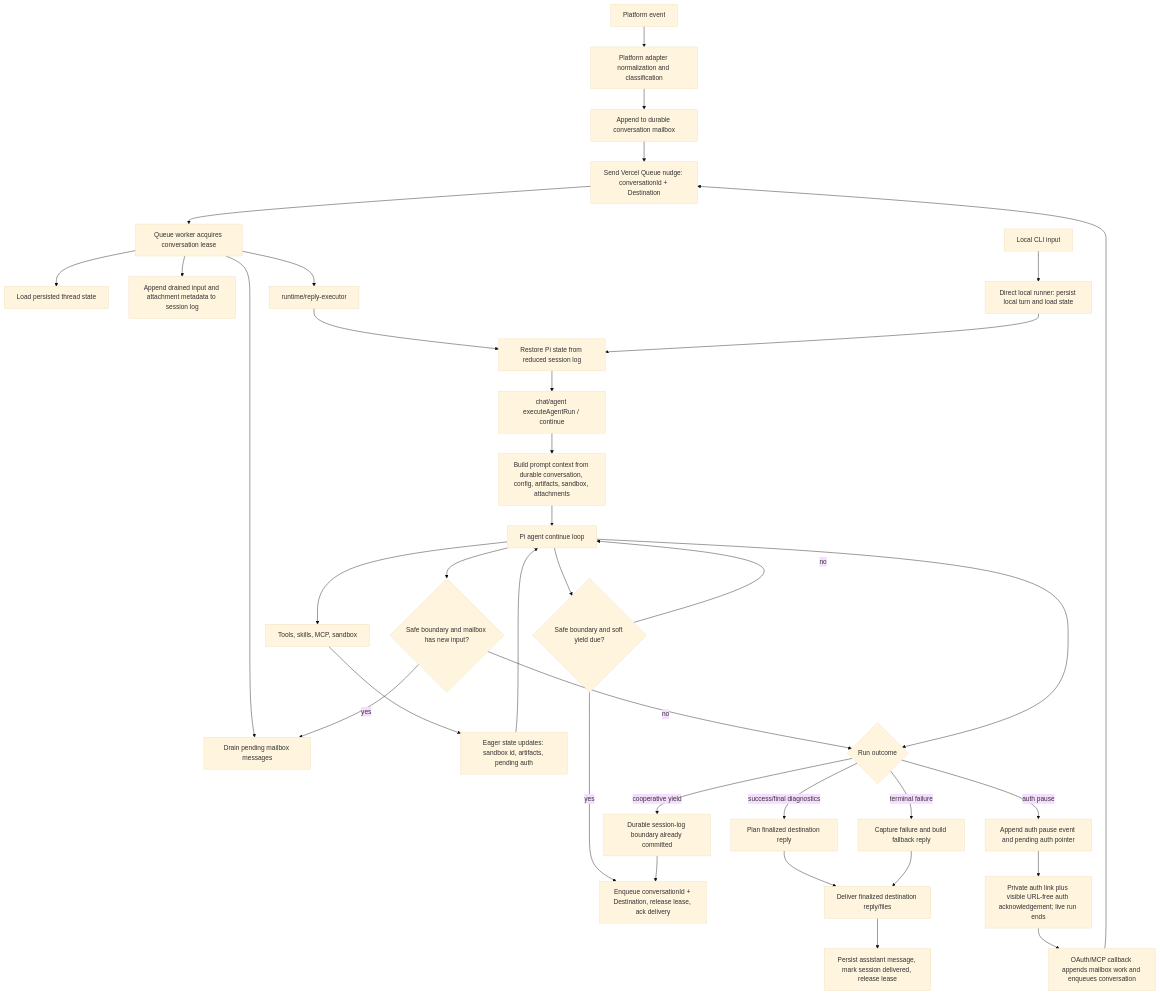
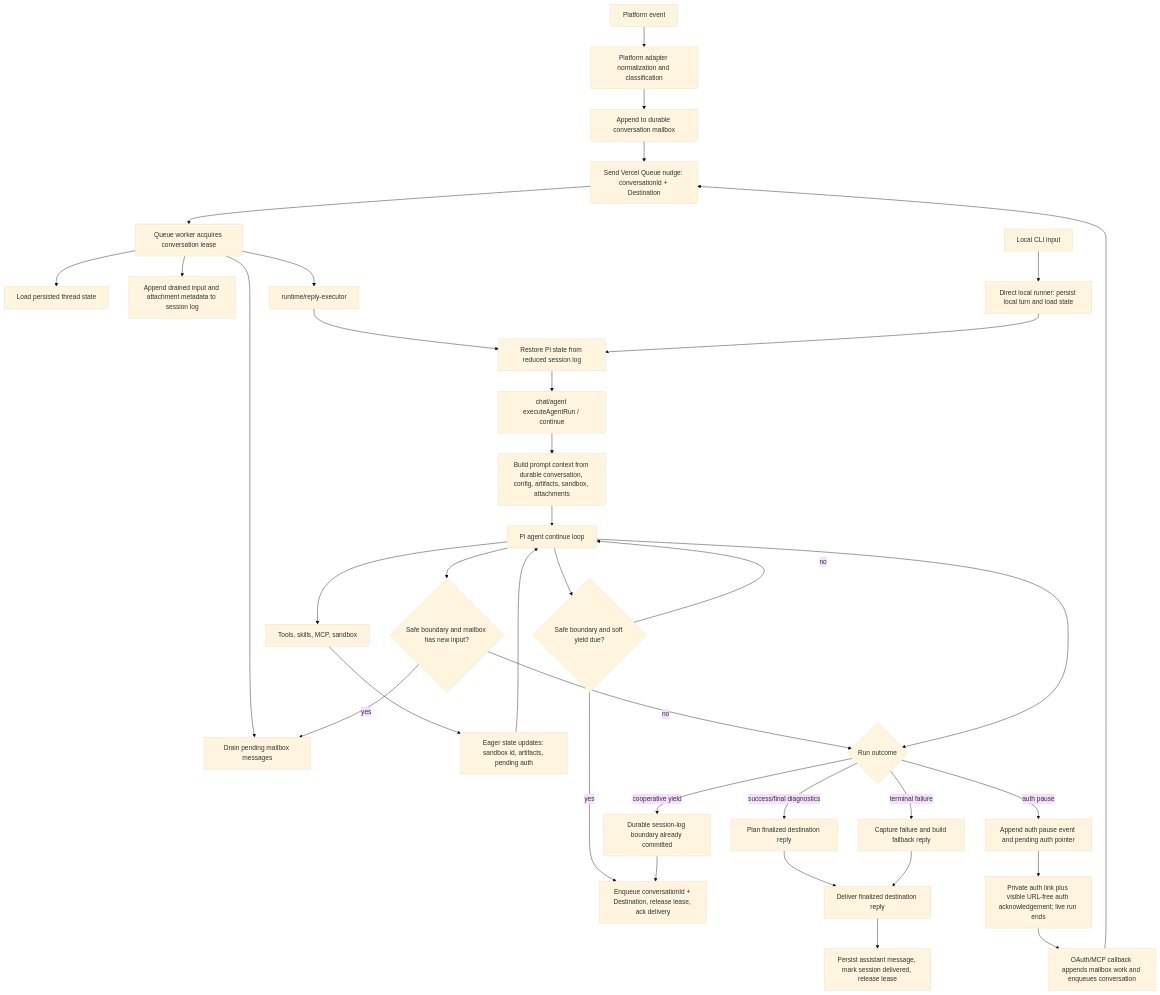
The diagram in specs/chat-architecture.md (Elih96/junior), drawn with Mermaid (base theme) before and after one commit. The commit also changed 45 other files, not shown here.

````diff
--- a/specs/chat-architecture.md
+++ b/specs/chat-architecture.md
@@ -41,38 +41,38 @@
 ```mermaid
 flowchart TD
   A[Platform event] --> B[Platform adapter normalization and classification]
   B --> C[Append to durable conversation mailbox]
   C --> D[Send Vercel Queue nudge: conversationId + Destination]
   D --> E[Queue worker acquires conversation lease]
   E --> E1[Load persisted thread state]
   E --> E2[Drain pending mailbox messages]
   E --> E3[Append drained input and attachment metadata to session log]
   E --> F[runtime/reply-executor]
   F --> G[Restore Pi state from reduced session log]
   LA[Local CLI input] --> LB[Direct local runner: persist local turn and load state]
   LB --> G
   G --> J[chat/agent executeAgentRun / continue]
   J --> K[Build prompt context from durable conversation, config, artifacts, sandbox, attachments]
   K --> L[Pi agent continue loop]
   L --> M[Tools, skills, MCP, sandbox]
   M --> N[Eager state updates: sandbox id, artifacts, pending auth]
   N --> L
   L --> Y{Safe boundary and soft yield due?}
   Y -->|yes| YA[Enqueue conversationId + Destination, release lease, ack delivery]
   Y -->|no| L
   L --> Z{Safe boundary and mailbox has new input?}
   Z -->|yes| E2
   Z -->|no| O
   L --> O{Run outcome}
   O -->|success/final diagnostics| P[Plan finalized destination reply]
   O -->|auth pause| Q[Append auth pause event and pending auth pointer]
   O -->|cooperative yield| R[Durable session-log boundary already committed]
   O -->|terminal failure| S[Capture failure and build fallback reply]
   R --> YA
   Q --> V[Private auth link plus visible URL-free auth acknowledgement; live run ends]
   V --> AB[OAuth/MCP callback appends mailbox work and enqueues conversation]
-  P --> W[Deliver finalized destination reply/files]
+  P --> W[Deliver finalized destination reply]
   S --> W
   W --> X[Persist assistant message, mark session delivered, release lease]
   AB --> D
 ```
````
